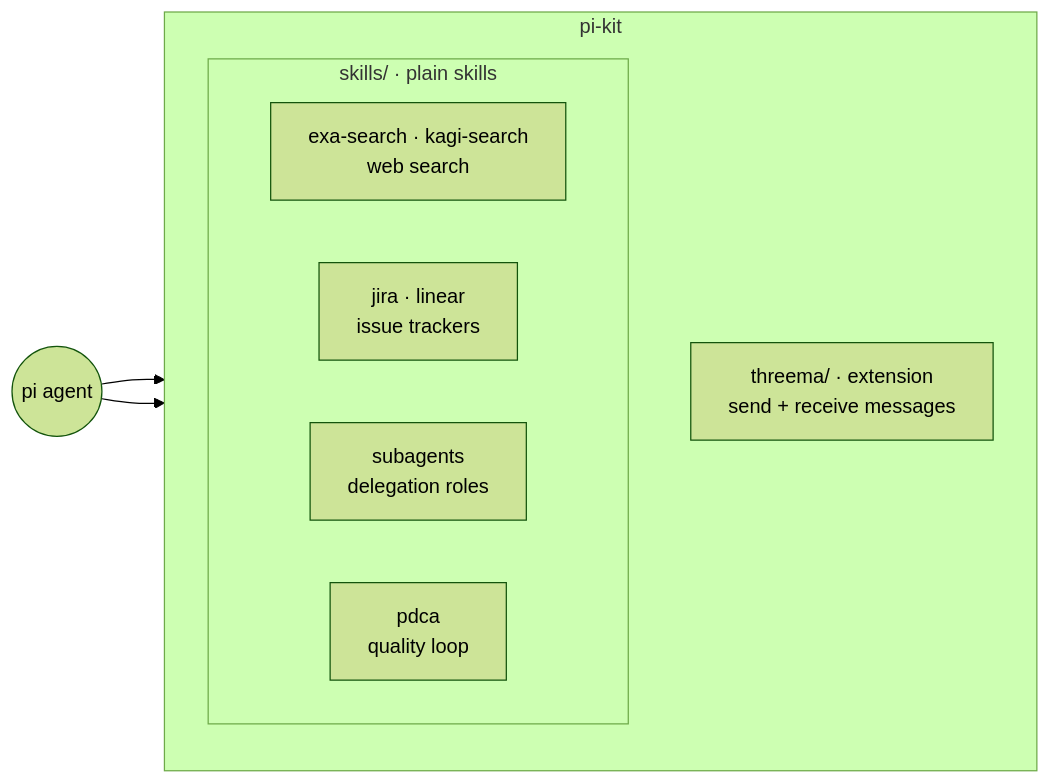
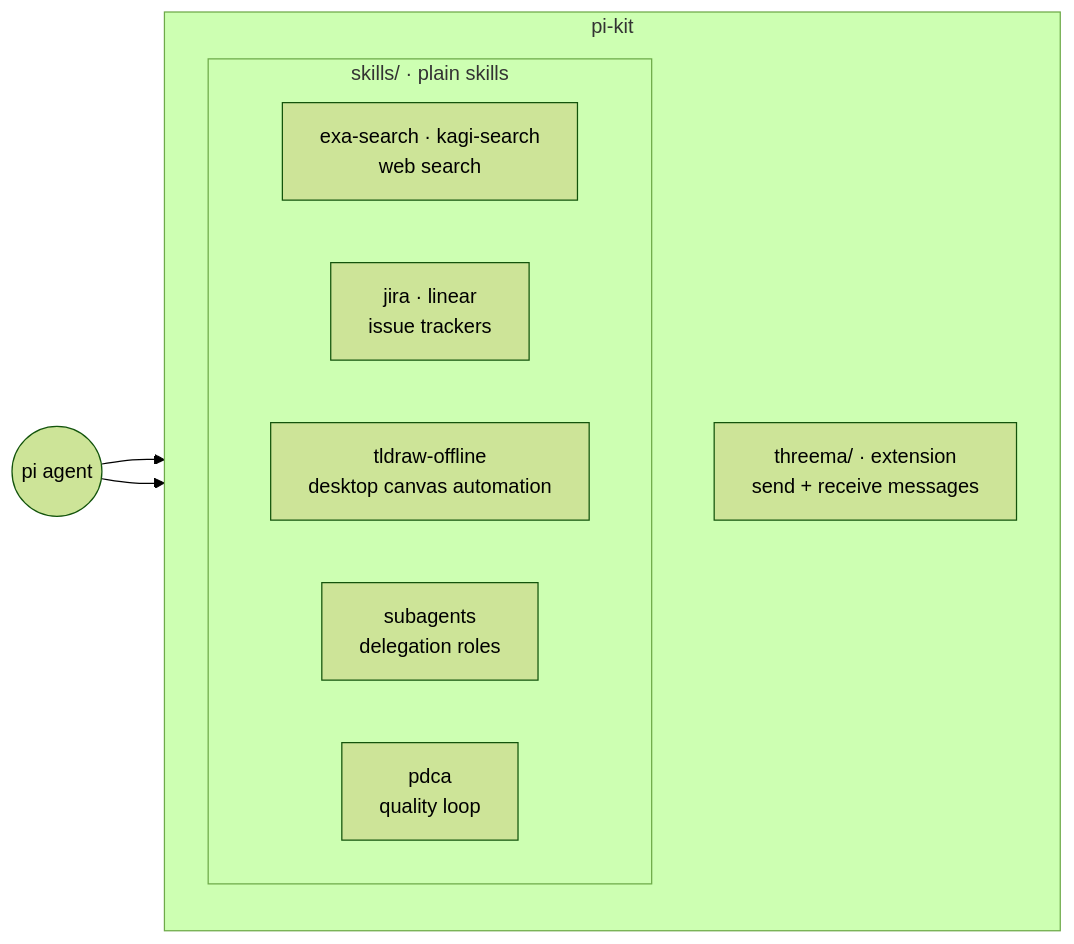
One commit to ulvestuen/pi-kit changed the diagram in README.md. Above: the diagram before and after it, drawn with Mermaid (forest theme). The commit also changed other lines of this file and 6 other files, not shown here.

Commit message:
Add tldraw offline skill

````diff
--- a/README.md
+++ b/README.md
@@ -8,15 +8,16 @@
 ```mermaid
 flowchart LR
     pi(("pi agent")) --> skills
     pi --> threema
     subgraph kit["pi-kit"]
         direction TB
         subgraph skills["skills/ · plain skills"]
             search["exa-search · kagi-search<br/>web search"]
             trackers["jira · linear<br/>issue trackers"]
+            canvas["tldraw-offline<br/>desktop canvas automation"]
             subagents["subagents<br/>delegation roles"]
             pdca["pdca<br/>quality loop"]
         end
         threema["threema/ · extension<br/>send + receive messages"]
     end
 ```
````
